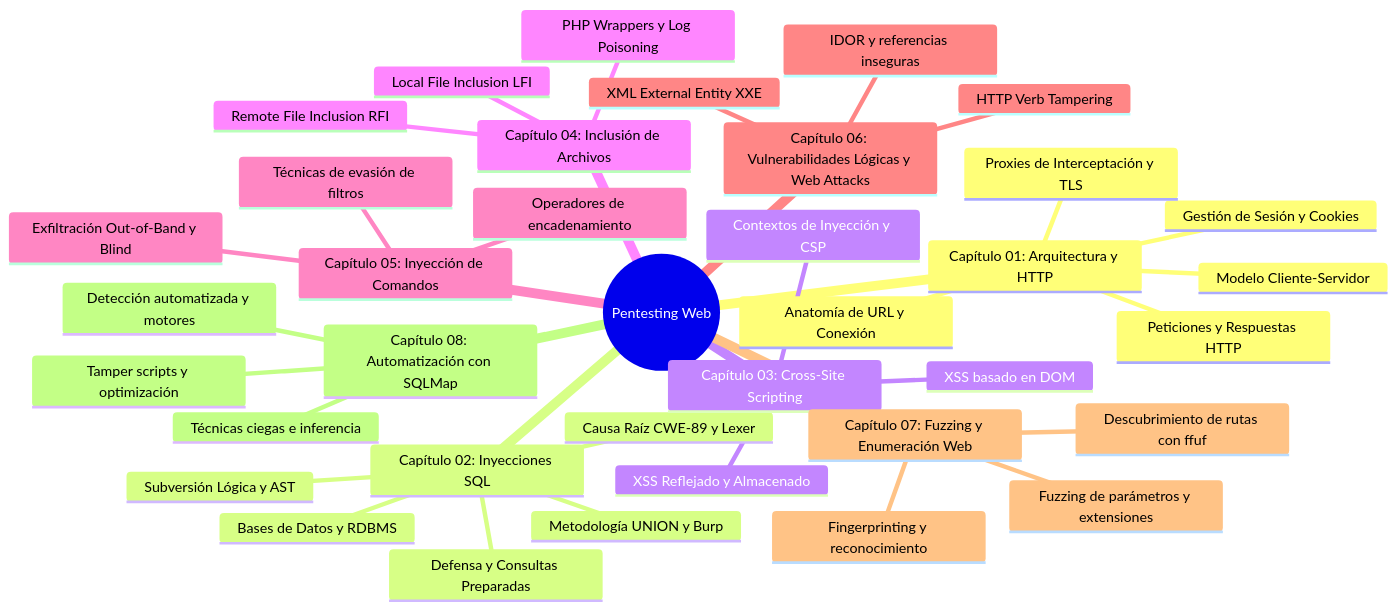
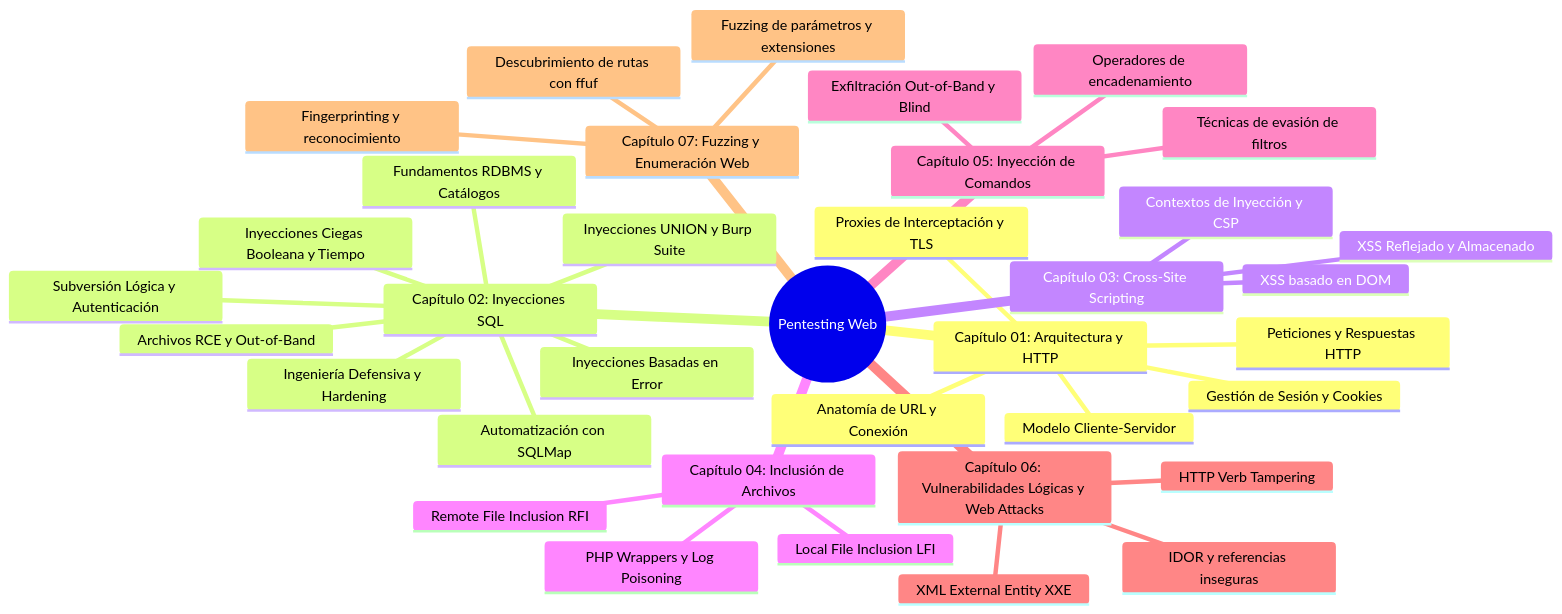
One commit to purpesec/Cybersecurity-For-Beginners changed the second of 2 diagrams in pentesting-web/README.md. Above: the diagram before and after it, drawn with Mermaid. The commit also changed other lines of this file and 7 other files, not shown here.

Commit message:
docs: expand SQLi theory with error-based, blind, advanced exploitation, and sqlmap

````diff
--- a/pentesting-web/README.md
+++ b/pentesting-web/README.md
@@ -30,40 +30,39 @@
 ```mermaid
 mindmap
   root((Pentesting Web))
     Capítulo 01: Arquitectura y HTTP
       Modelo Cliente-Servidor
       Anatomía de URL y Conexión
       Peticiones y Respuestas HTTP
       Gestión de Sesión y Cookies
       Proxies de Interceptación y TLS
     Capítulo 02: Inyecciones SQL
-      Bases de Datos y RDBMS
-      Causa Raíz CWE-89 y Lexer
-      Subversión Lógica y AST
-      Metodología UNION y Burp
-      Defensa y Consultas Preparadas
+      Fundamentos RDBMS y Catálogos
+      Subversión Lógica y Autenticación
+      Inyecciones UNION y Burp Suite
+      Inyecciones Basadas en Error
+      Inyecciones Ciegas Booleana y Tiempo
+      Archivos RCE y Out-of-Band
+      Automatización con SQLMap
+      Ingeniería Defensiva y Hardening
     Capítulo 03: Cross-Site Scripting
       XSS Reflejado y Almacenado
       XSS basado en DOM
       Contextos de Inyección y CSP
     Capítulo 04: Inclusión de Archivos
       Local File Inclusion LFI
       Remote File Inclusion RFI
       PHP Wrappers y Log Poisoning
     Capítulo 05: Inyección de Comandos
       Operadores de encadenamiento
       Técnicas de evasión de filtros
       Exfiltración Out-of-Band y Blind
     Capítulo 06: Vulnerabilidades Lógicas y Web Attacks
       IDOR y referencias inseguras
       XML External Entity XXE
       HTTP Verb Tampering
     Capítulo 07: Fuzzing y Enumeración Web
       Fingerprinting y reconocimiento
       Descubrimiento de rutas con ffuf
       Fuzzing de parámetros y extensiones
-    Capítulo 08: Automatización con SQLMap
-      Detección automatizada y motores
-      Técnicas ciegas e inferencia
-      Tamper scripts y optimización
 ```
````
